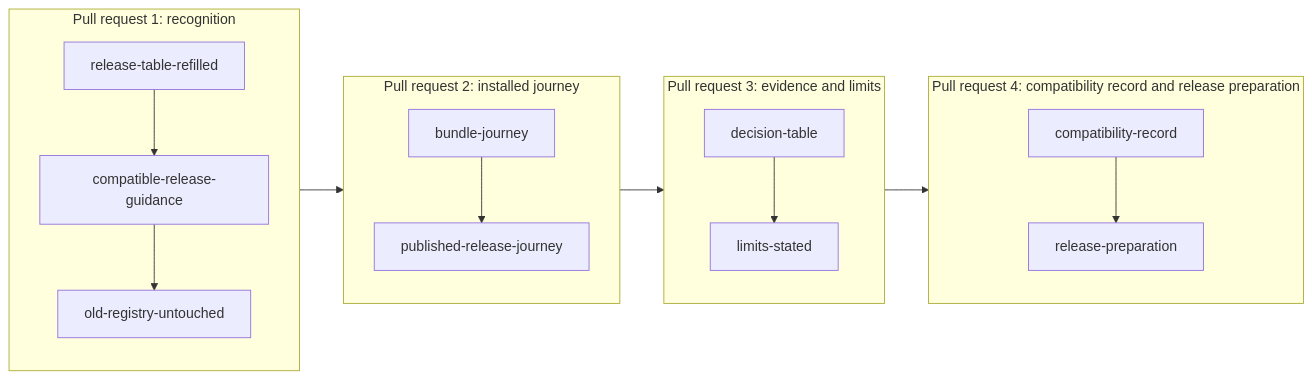
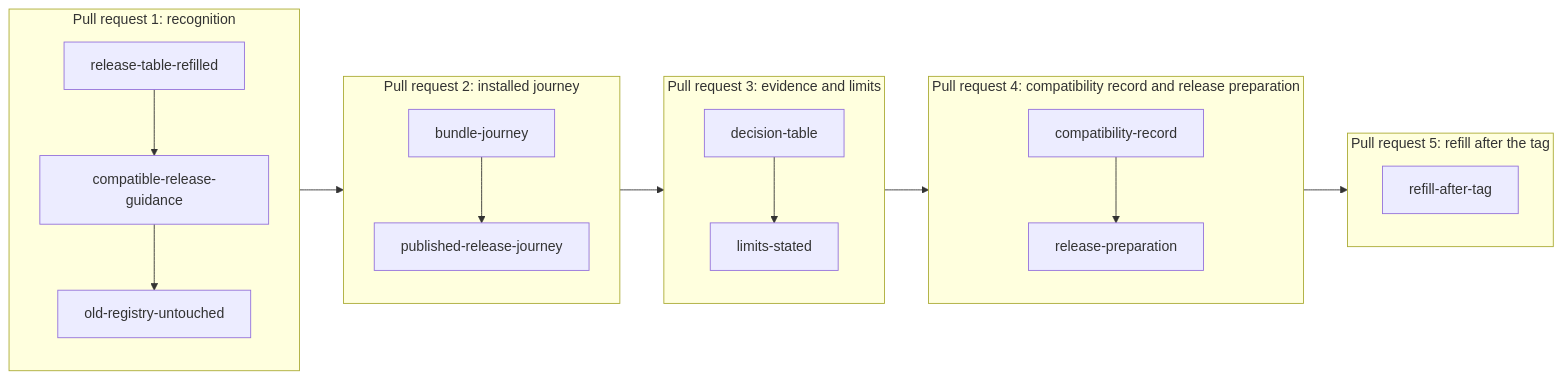
Before and after one commit to lambdasistemi/singular: the diagram in specs/747-release-1-0/plan.md, drawn with Mermaid. The commit also changed other lines of this file and 7 other files, not shown here.

Commit message:
docs(specs): settle table freshness and add the refill after the tag

````diff
--- a/specs/747-release-1-0/plan.md
+++ b/specs/747-release-1-0/plan.md
@@ -56,16 +56,19 @@
 ```mermaid
 flowchart LR
     subgraph P1[Pull request 1: recognition]
       T[release-table-refilled] --> G[compatible-release-guidance] --> W[old-registry-untouched]
     end
     subgraph P2[Pull request 2: installed journey]
       B[bundle-journey] --> V[published-release-journey]
     end
     subgraph P3[Pull request 3: evidence and limits]
       D[decision-table] --> L[limits-stated]
     end
     subgraph P4[Pull request 4: compatibility record and release preparation]
       C[compatibility-record] --> Q[release-preparation]
     end
-    P1 --> P2 --> P3 --> P4
+    subgraph P5[Pull request 5: refill after the tag]
+      R[refill-after-tag]
+    end
+    P1 --> P2 --> P3 --> P4 --> P5
 ```
````
